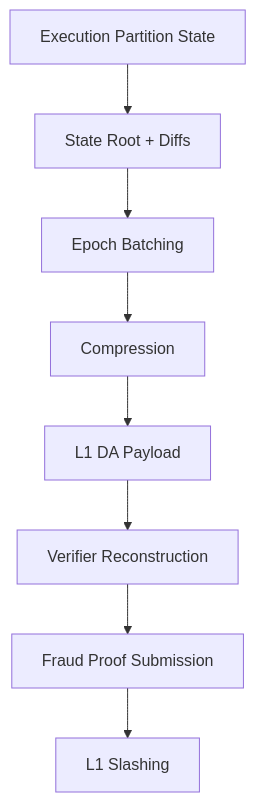
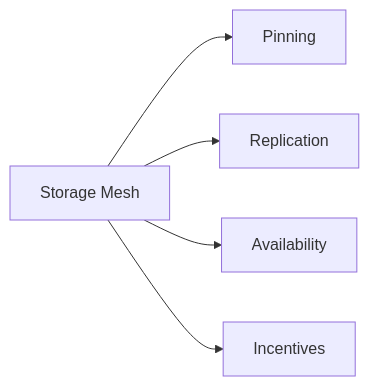
One commit to vossen90/-kaspa-browser-ktrust changed the fourth of 7 diagrams in README.md. Above: the diagram before and after it, drawn with Mermaid. The commit also changed other lines of this file, not shown here.

````diff
--- a/README.md
+++ b/README.md
@@ -217,10 +104,7 @@
 ```mermaid
-flowchart TB
-    A["Execution Partition State"] --> B["State Root + Diffs"]
-    B --> C["Epoch Batching"]
-    C --> D["Compression"]
-    D --> E["L1 DA Payload"]
-    E --> F["Verifier Reconstruction"]
-    F --> G["Fraud Proof Submission"]
-    G --> H["L1 Slashing"]
+flowchart LR
+    A["Storage Mesh"] --> B["Pinning"]
+    A --> C["Replication"]
+    A --> D["Availability"]
+    A --> E["Incentives"]
 ```
````
